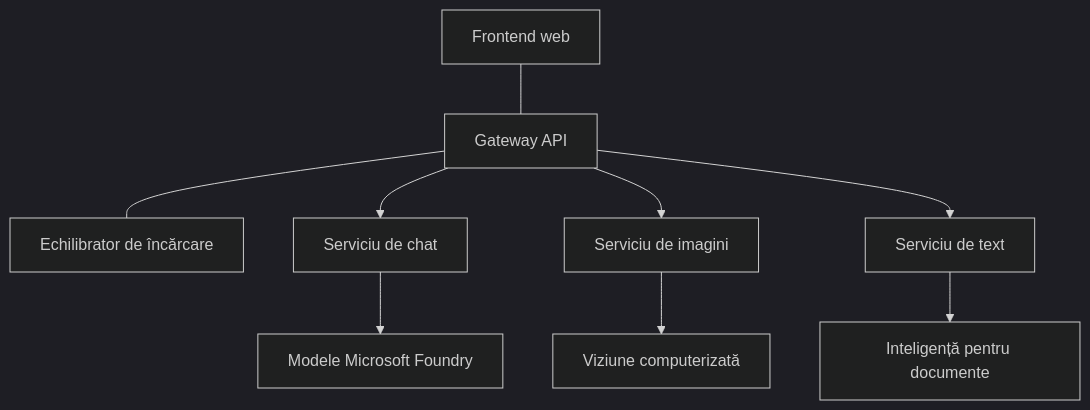
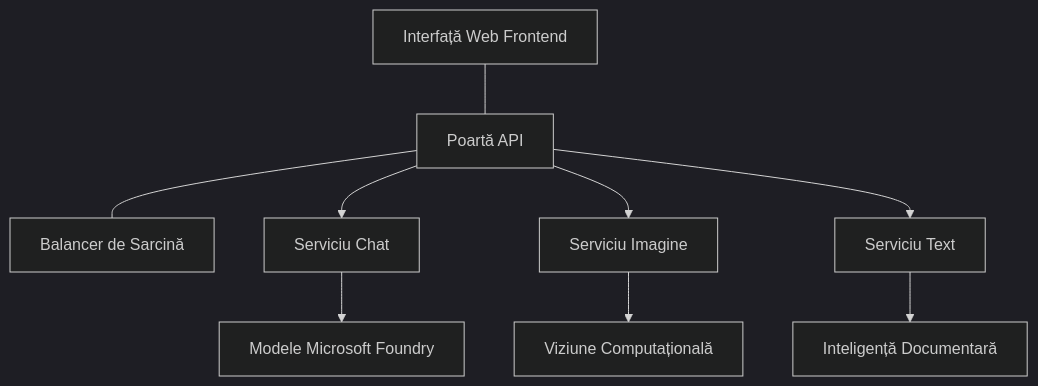
The diagram in translations/ro/docs/chapter-08-production/production-ai-practices.md (microsoft/AZD-for-beginners), drawn with Mermaid (dark theme) before and after one commit. The commit also changed other lines of this file and 104 other files, not shown here.

````diff
--- a/translations/ro/docs/chapter-08-production/production-ai-practices.md
+++ b/translations/ro/docs/chapter-08-production/production-ai-practices.md
@@ -30,10 +30,10 @@
 ```mermaid
 graph TD
-    Frontend[Frontend web] --- Gateway[Gateway API] --- LB[Echilibrator de încărcare]
-    Gateway --> Chat[Serviciu de chat]
-    Gateway --> Image[Serviciu de imagini]
-    Gateway --> Text[Serviciu de text]
+    Frontend[Interfață Web Frontend] --- Gateway[Poartă API] --- LB[Balancer de Sarcină]
+    Gateway --> Chat[Serviciu Chat]
+    Gateway --> Image[Serviciu Imagine]
+    Gateway --> Text[Serviciu Text]
     Chat --> OpenAI[Modele Microsoft Foundry]
-    Image --> Vision[Viziune computerizată]
-    Text --> DocIntel[Inteligență pentru documente]
+    Image --> Vision[Viziune Computațională]
+    Text --> DocIntel[Inteligență Documentară]
 ```
````
